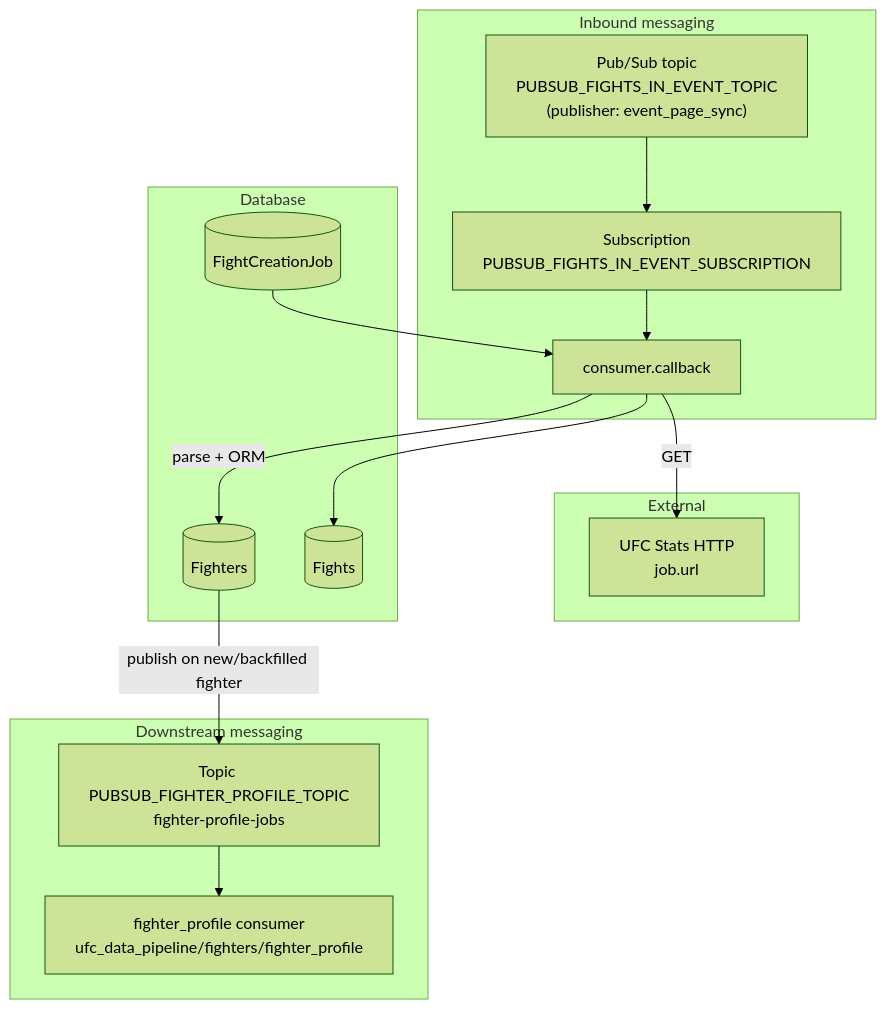
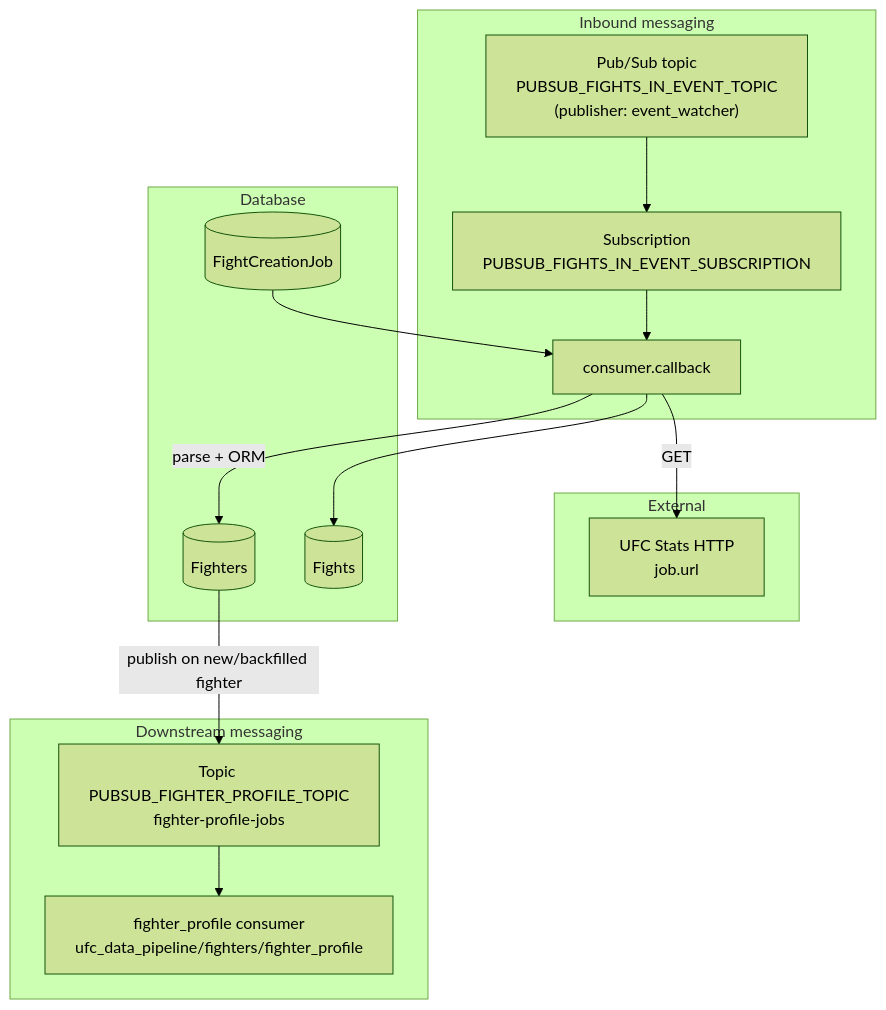
Before and after one commit to treyrachall10/ufc-fantasy-app: the diagram in backend/ufc_data_pipeline/fights/fights_in_event/docs/fights-in-event.md, drawn with Mermaid (forest theme). The commit also changed other lines of this file and 1 other file, not shown here.

Commit message:
Update docs for event watcher

````diff
--- a/backend/ufc_data_pipeline/fights/fights_in_event/docs/fights-in-event.md
+++ b/backend/ufc_data_pipeline/fights/fights_in_event/docs/fights-in-event.md
@@ -48,27 +48,27 @@
 ```mermaid
 flowchart TB
   subgraph in_msg [Inbound messaging]
-    T["Pub/Sub topic\nPUBSUB_FIGHTS_IN_EVENT_TOPIC\n(publisher: event_page_sync)"]
+    T["Pub/Sub topic\nPUBSUB_FIGHTS_IN_EVENT_TOPIC\n(publisher: event_watcher)"]
     Sub["Subscription\nPUBSUB_FIGHTS_IN_EVENT_SUBSCRIPTION"]
     CB["consumer.callback"]
   end
   subgraph external [External]
     UFC["UFC Stats HTTP\njob.url"]
   end
   subgraph db [Database]
     J[("FightCreationJob")]
     F[("Fighters")]
     FT[("Fights")]
   end
   subgraph downstream [Downstream messaging]
     TProf["Topic PUBSUB_FIGHTER_PROFILE_TOPIC\nfighter-profile-jobs"]
     FPW["fighter_profile consumer\nufc_data_pipeline/fighters/fighter_profile"]
   end
   T --> Sub --> CB
   CB -->|GET| UFC
   CB -->|parse + ORM| F
   CB --> FT
   J --> CB
   F -->|publish on new/backfilled fighter| TProf
   TProf --> FPW
 ```
````
